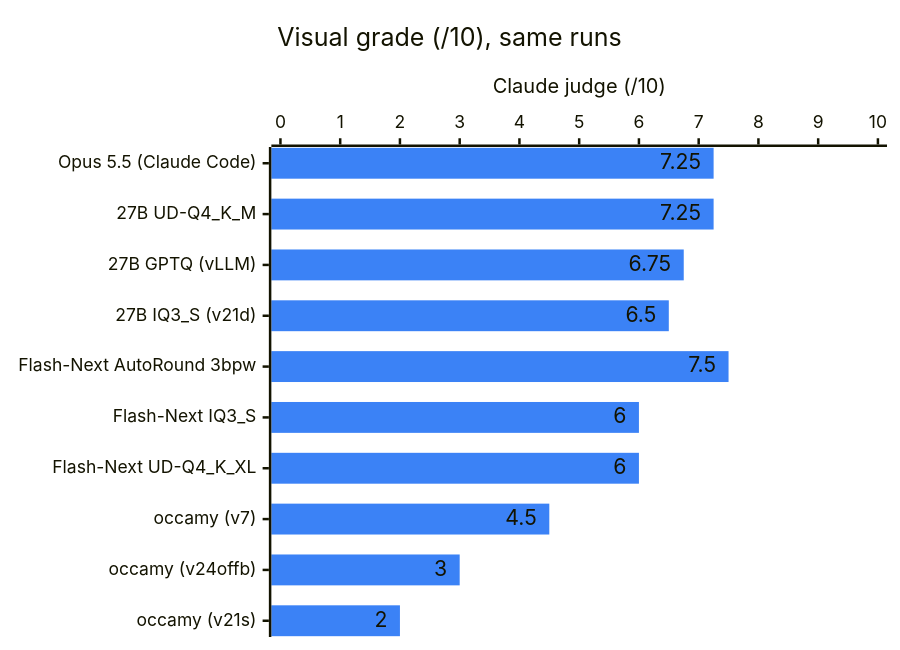
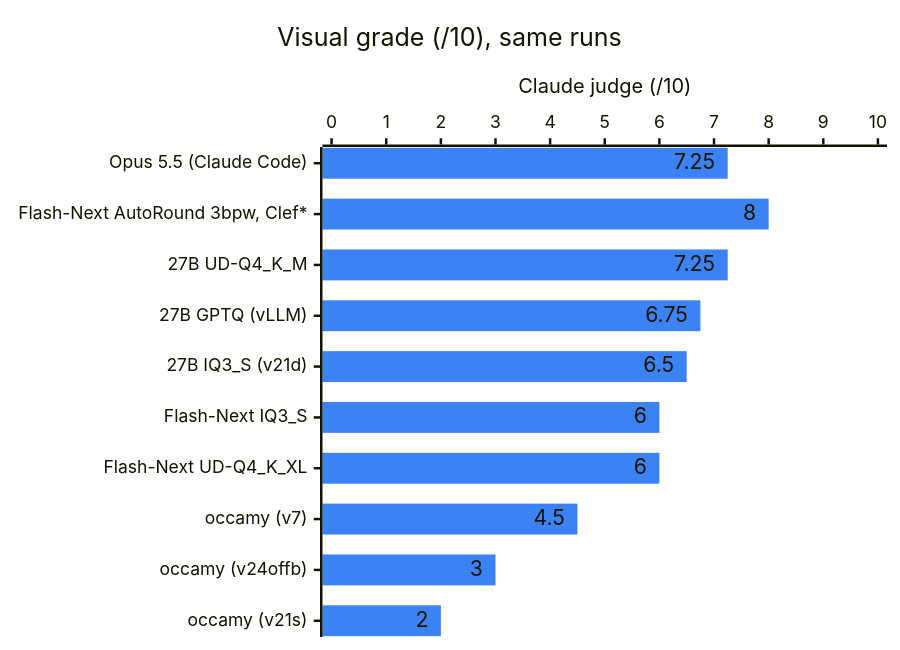
One commit to Prog-Ramen/Rameness changed the second of 3 diagrams in docs/benchmarks.md. Above: the diagram before and after it, drawn with Mermaid. The commit also changed other lines of this file and 11 other files, not shown here.

First line of the commit message:
Clef-Flash as a swappable decision model; docs: architecture diagrams, Kev vs Clef, rescored results

````diff
--- a/docs/benchmarks.md
+++ b/docs/benchmarks.md
@@ -40,8 +51,8 @@
 ```mermaid
 %%{init: {"xyChart": {"showDataLabel": true}, "themeVariables": {"xyChart": {"plotColorPalette": "#3b82f6"}}}}%%
 xychart-beta horizontal
     title "Visual grade (/10), same runs"
-    x-axis ["Opus 5.5 (Claude Code)", "27B UD-Q4_K_M", "27B GPTQ (vLLM)", "27B IQ3_S (v21d)", "Flash-Next AutoRound 3bpw", "Flash-Next IQ3_S", "Flash-Next UD-Q4_K_XL", "occamy (v7)", "occamy (v24offb)", "occamy (v21s)"]
+    x-axis ["Opus 5.5 (Claude Code)", "Flash-Next AutoRound 3bpw, Clef*", "27B UD-Q4_K_M", "27B GPTQ (vLLM)", "27B IQ3_S (v21d)", "Flash-Next IQ3_S", "Flash-Next UD-Q4_K_XL", "occamy (v7)", "occamy (v24offb)", "occamy (v21s)"]
     y-axis "Claude judge (/10)" 0 --> 10
-    bar [7.25, 7.25, 6.75, 6.5, 7.5, 6.0, 6.0, 4.5, 3.0, 2.0]
+    bar [7.25, 8.0, 7.25, 6.75, 6.5, 6.0, 6.0, 4.5, 3.0, 2.0]
 ```
````
